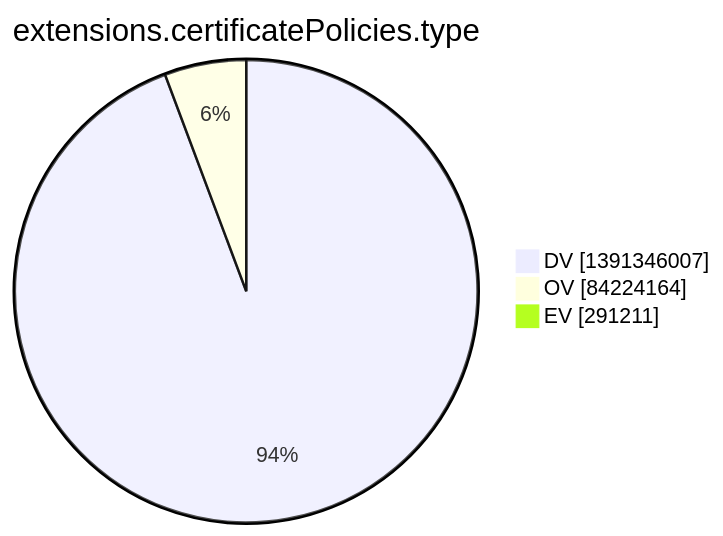
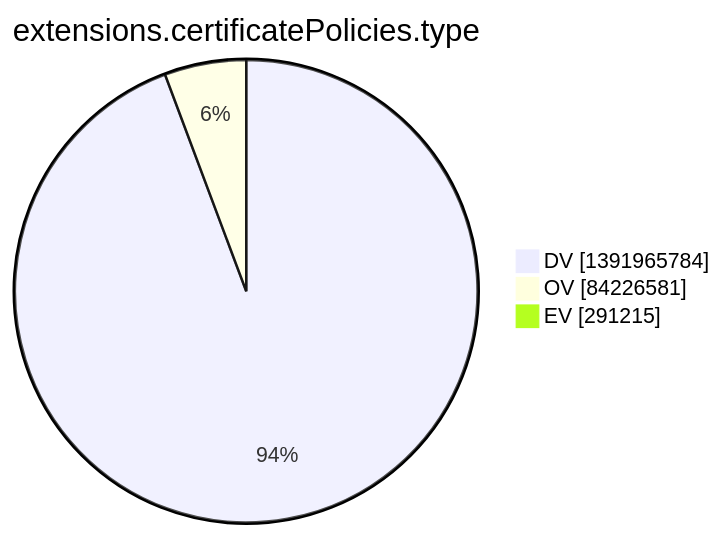
The tenth of 15 diagrams in argon2022/README.md (christiankrug/ctmonitor_visualization), drawn with Mermaid before and after one commit. The commit also changed other lines of this file, not shown here.

````diff
--- a/argon2022/README.md
+++ b/argon2022/README.md
@@ -2773,7 +2773,7 @@
 ```mermaid
 pie showData
 title extensions.certificatePolicies.type
-"DV" :1391346007
-"OV" :84224164
-"EV" :291211
+"DV" :1391965784
+"OV" :84226581
+"EV" :291215
 ```
````
